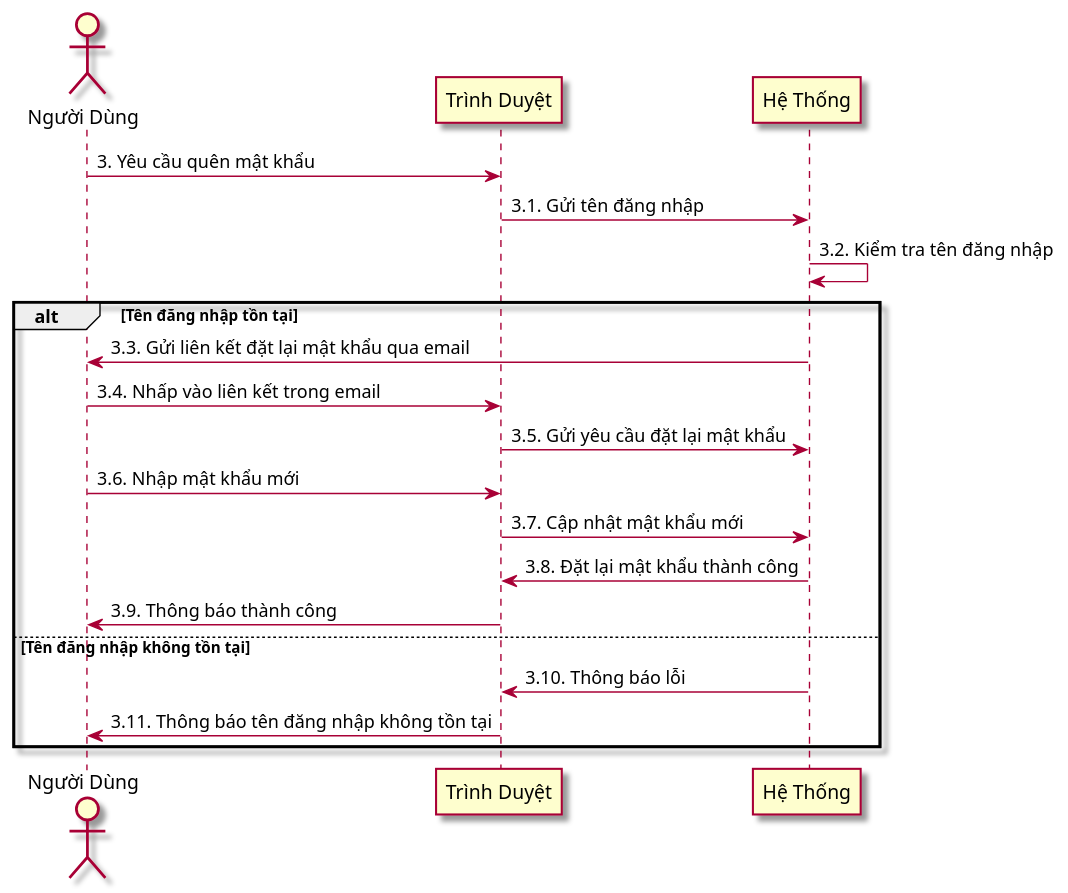
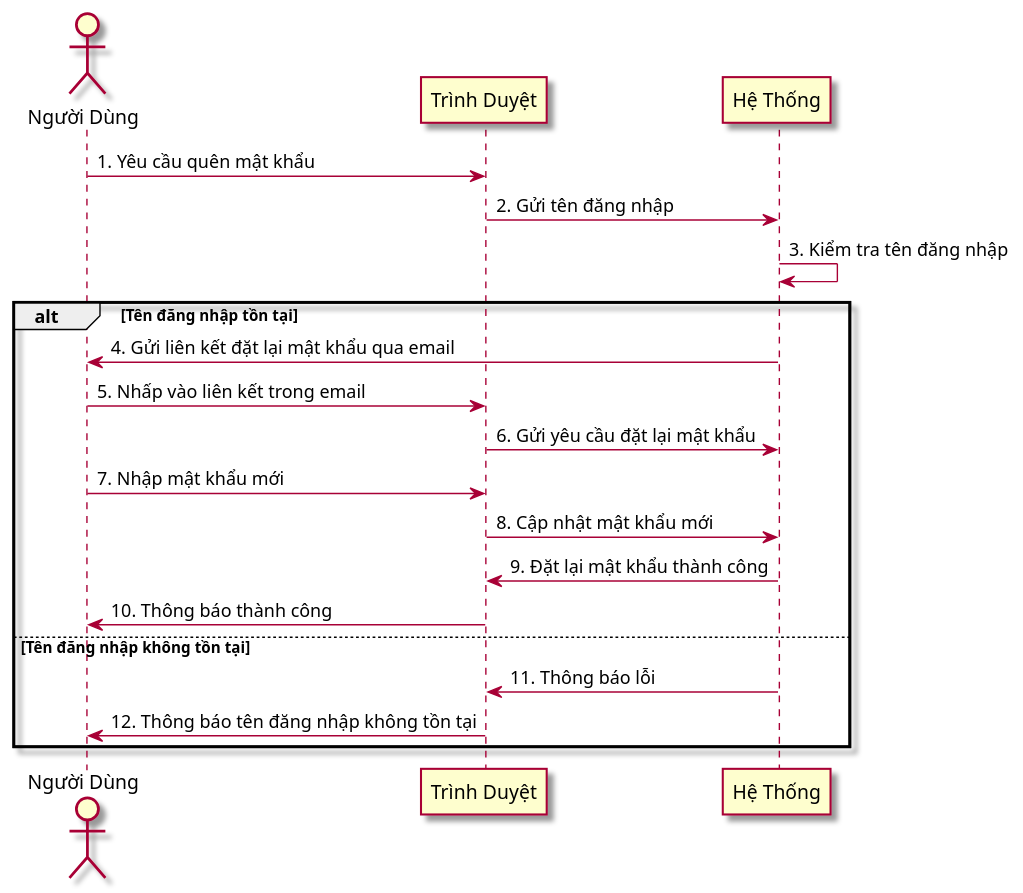
Before and after one commit to t-pk/covid-gis-vn: the diagram in diagram/sequence/1/1_3.puml, drawn with PlantUML. The commit also changed 16 other files, not shown here.

Commit message:
update sequence diagram

```diff
--- a/diagram/sequence/1/1_3.puml
+++ b/diagram/sequence/1/1_3.puml
@@ -1,22 +1,22 @@
-@startuml
+@startuml "forgot password"
 skin rose
 actor "Người Dùng" as User
 participant "Trình Duyệt" as Browser
 participant "Hệ Thống" as Server
 
-User -> Browser: 3. Yêu cầu quên mật khẩu
-Browser -> Server: 3.1. Gửi tên đăng nhập
-Server -> Server: 3.2. Kiểm tra tên đăng nhập
+User -> Browser: 1. Yêu cầu quên mật khẩu
+Browser -> Server: 2. Gửi tên đăng nhập
+Server -> Server: 3. Kiểm tra tên đăng nhập
 alt Tên đăng nhập tồn tại
-    Server -> User: 3.3. Gửi liên kết đặt lại mật khẩu qua email
-    User -> Browser: 3.4. Nhấp vào liên kết trong email
-    Browser -> Server: 3.5. Gửi yêu cầu đặt lại mật khẩu
-    User -> Browser: 3.6. Nhập mật khẩu mới
-    Browser -> Server: 3.7. Cập nhật mật khẩu mới
-    Server -> Browser: 3.8. Đặt lại mật khẩu thành công
-    Browser -> User: 3.9. Thông báo thành công
+    Server -> User: 4. Gửi liên kết đặt lại mật khẩu qua email
+    User -> Browser: 5. Nhấp vào liên kết trong email
+    Browser -> Server: 6. Gửi yêu cầu đặt lại mật khẩu
+    User -> Browser: 7. Nhập mật khẩu mới
+    Browser -> Server: 8. Cập nhật mật khẩu mới
+    Server -> Browser: 9. Đặt lại mật khẩu thành công
+    Browser -> User: 10. Thông báo thành công
 else Tên đăng nhập không tồn tại
-    Server -> Browser: 3.10. Thông báo lỗi
-    Browser -> User: 3.11. Thông báo tên đăng nhập không tồn tại
+    Server -> Browser: 11. Thông báo lỗi
+    Browser -> User: 12. Thông báo tên đăng nhập không tồn tại
 end
 @enduml
```
